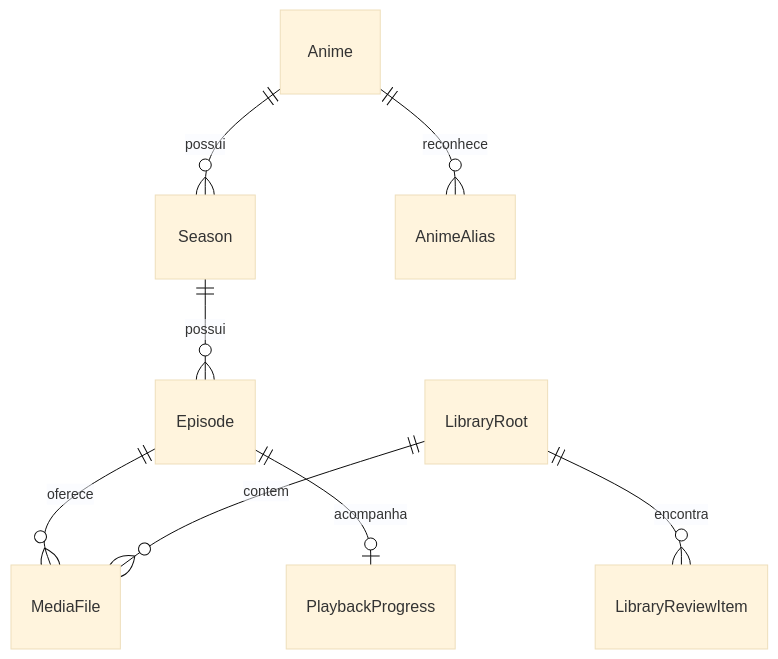
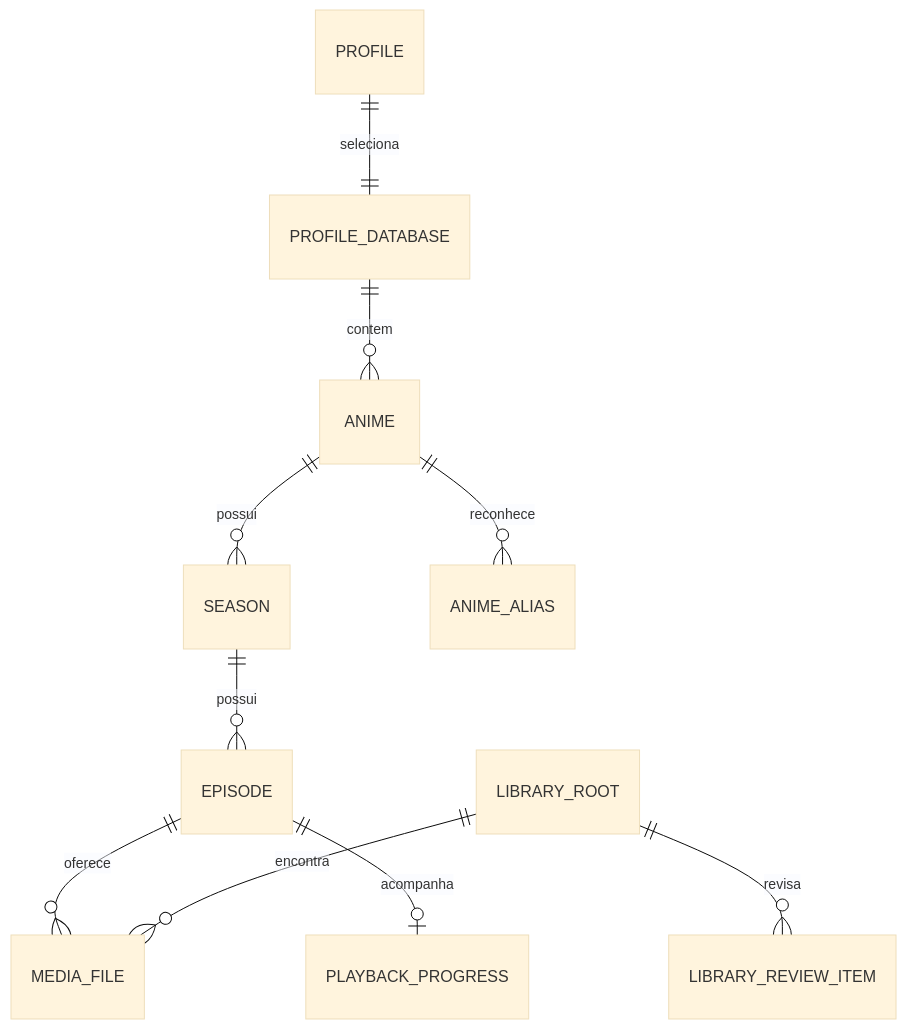
Before and after one commit to PedroVitor-Dev/AniT: the second of 2 diagrams in docs/ARCHITECTURE.md, drawn with Mermaid (base theme). The commit also changed other lines of this file and 22 other files, not shown here.

````diff
--- a/docs/ARCHITECTURE.md
+++ b/docs/ARCHITECTURE.md
@@ -61,10 +57,12 @@
 ```mermaid
 erDiagram
-    Anime ||--o{ Season : possui
-    Anime ||--o{ AnimeAlias : reconhece
-    Season ||--o{ Episode : possui
-    Episode ||--o{ MediaFile : oferece
-    Episode ||--o| PlaybackProgress : acompanha
-    LibraryRoot ||--o{ MediaFile : contem
-    LibraryRoot ||--o{ LibraryReviewItem : encontra
+    PROFILE ||--|| PROFILE_DATABASE : seleciona
+    PROFILE_DATABASE ||--o{ ANIME : contem
+    ANIME ||--o{ SEASON : possui
+    ANIME ||--o{ ANIME_ALIAS : reconhece
+    SEASON ||--o{ EPISODE : possui
+    EPISODE ||--o{ MEDIA_FILE : oferece
+    EPISODE ||--o| PLAYBACK_PROGRESS : acompanha
+    LIBRARY_ROOT ||--o{ MEDIA_FILE : encontra
+    LIBRARY_ROOT ||--o{ LIBRARY_REVIEW_ITEM : revisa
 ```
````
